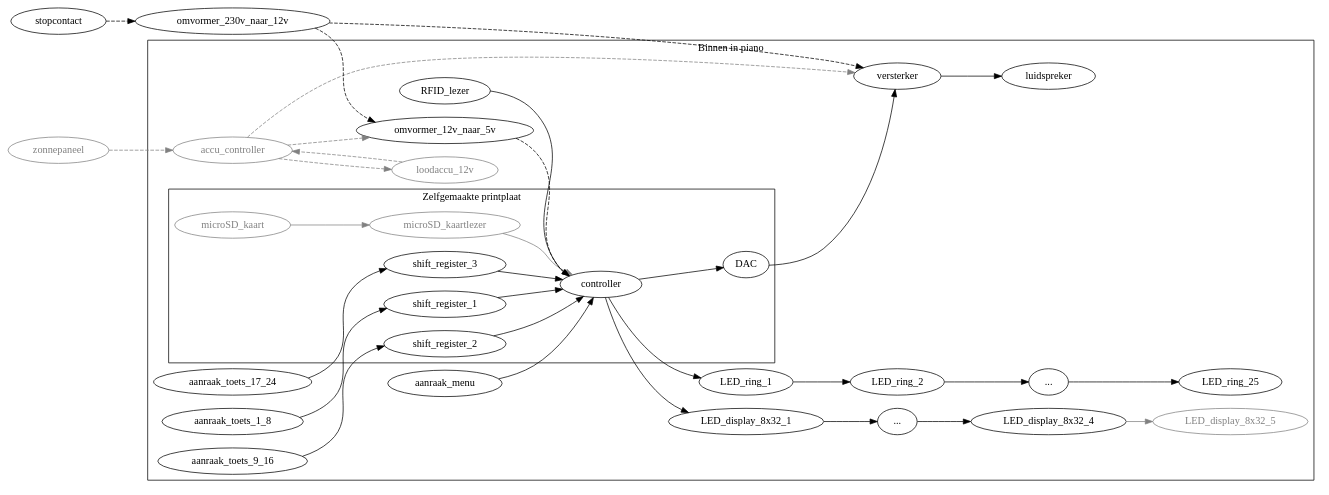
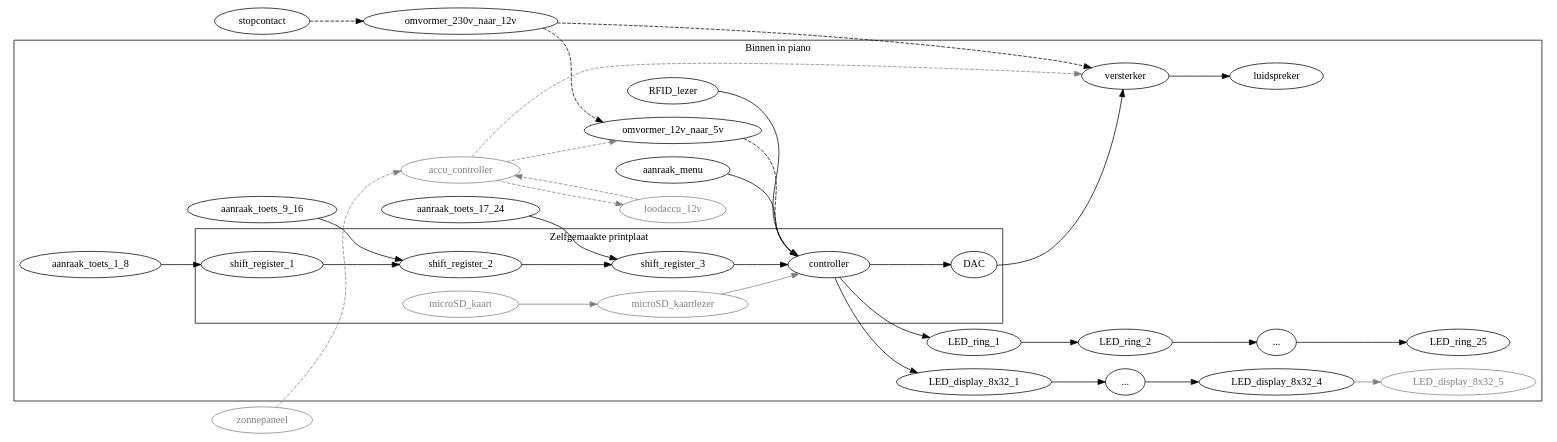
One commit to woutput/regenboogpiano changed the diagram in Overzicht elektrisch schema.gv. Above: the diagram before and after it, drawn with Graphviz.

Commit message:
Maak ketting van shift-registers

```diff
--- a/Overzicht elektrisch schema.gv
+++ b/Overzicht elektrisch schema.gv
@@ -1,65 +1,65 @@
 digraph
 {
 	rankdir = LR
 
 	subgraph cluster_piano {
 		label = "Binnen in piano"
 
 	subgraph cluster_pcb {
 		label = "Zelfgemaakte printplaat"
 		shift_register_1
 		shift_register_2
 		shift_register_3
 		controller
 		microSD_kaartlezer [color = grey; fontcolor = grey]
 		microSD_kaart [color = grey; fontcolor = grey]
 		DAC
 	}
 
 	aanraak_toets_1_8 -> shift_register_1
 	aanraak_toets_9_16 -> shift_register_2
 	aanraak_toets_17_24 -> shift_register_3
 
 	aanraak_menu -> controller
 
-	shift_register_1 -> controller
-	shift_register_2 -> controller
+	shift_register_1 -> shift_register_2
+	shift_register_2 -> shift_register_3
 	shift_register_3 -> controller
 
 	RFID_lezer -> controller
 
 	controller -> LED_display_8x32_1
 	LED_display_8x32_2 [label = "..."]
 	LED_display_8x32_1 -> LED_display_8x32_2
 	LED_display_8x32_2 -> LED_display_8x32_4
 	LED_display_8x32_5 [color = grey; fontcolor = grey]
 	LED_display_8x32_4 -> LED_display_8x32_5 [color = grey]
 
 	controller -> LED_ring_1
 	LED_ring_1 -> LED_ring_2
 	LED_ring_2 -> LED_ring_3
 	LED_ring_3 [label = "..."]
 	LED_ring_3 -> LED_ring_25
 
 	controller -> DAC
 	DAC -> versterker
 	versterker -> luidspreker
 
 	accu_controller [color = grey; fontcolor = grey]
 	loodaccu_12v [color = grey; fontcolor = grey]
 
 	accu_controller -> loodaccu_12v [style = dashed; color = grey]
 	loodaccu_12v -> accu_controller [style = dashed; color = grey]
 	accu_controller -> omvormer_12v_naar_5v [style = dashed; color = grey]
 	accu_controller -> versterker [style = dashed; color = grey]
 	omvormer_12v_naar_5v -> controller [style = dashed]
 
 	microSD_kaartlezer -> controller [color = grey]
 	microSD_kaart -> microSD_kaartlezer [color = grey]
 	}
 	omvormer_230v_naar_12v -> omvormer_12v_naar_5v [style = dashed]
 	omvormer_230v_naar_12v -> versterker [style = dashed]
 	stopcontact -> omvormer_230v_naar_12v [style = dashed]
 	zonnepaneel [color = grey; fontcolor = grey]
 	zonnepaneel -> accu_controller [style = dashed; color = grey]
 }
```
